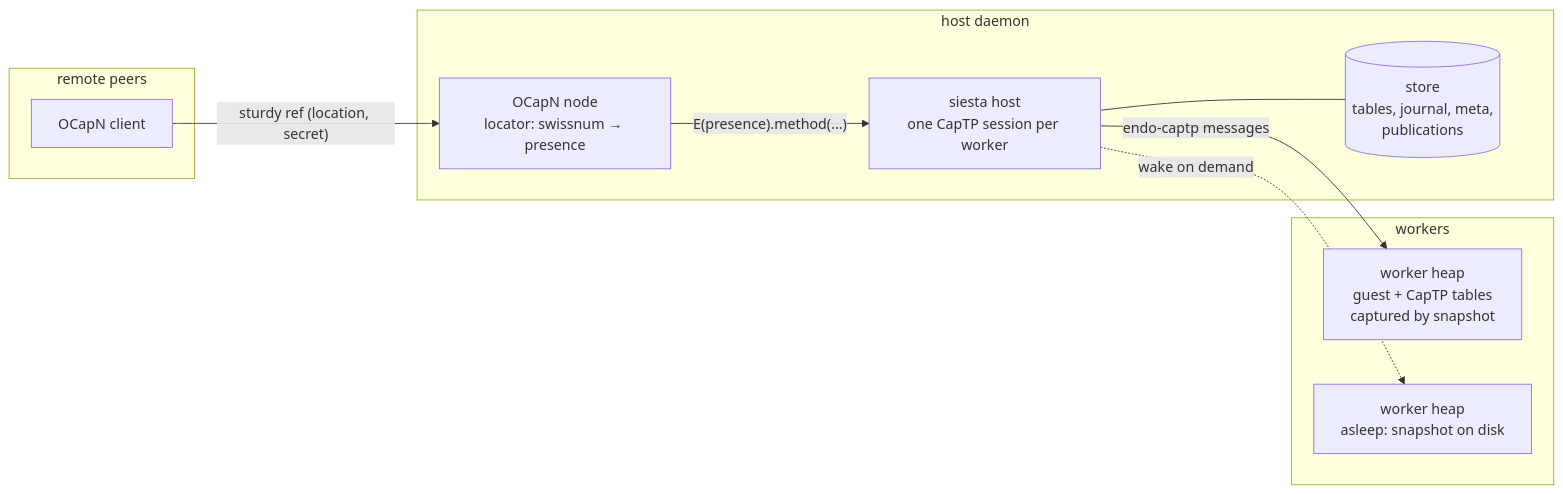
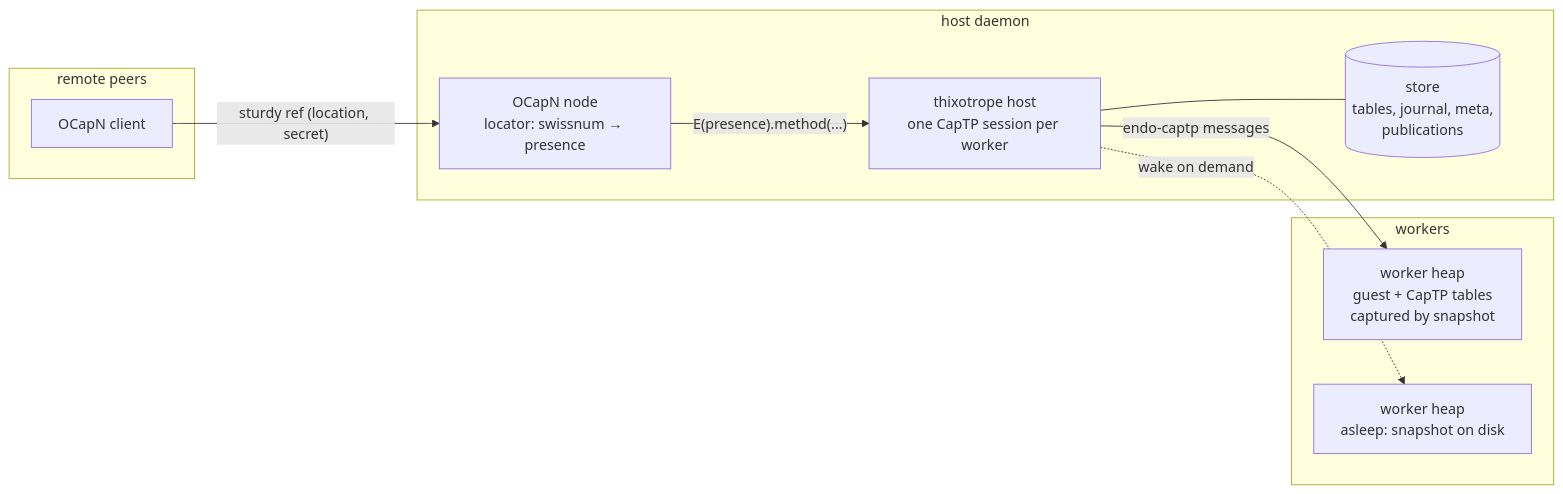
Before and after one commit to endojs/endo: the diagram in designs/ocapn-orthogonal-persistence.md, drawn with Mermaid. The commit also changed other lines of this file and 40 other files, not shown here.

First line of the commit message:
refactor!: rename siesta to thixotrope

````diff
--- a/designs/ocapn-orthogonal-persistence.md
+++ b/designs/ocapn-orthogonal-persistence.md
@@ -149,20 +149,20 @@
 ```mermaid
 flowchart LR
     subgraph remote peers
         C[OCapN client]
     end
     subgraph host daemon
         N[OCapN node<br/>locator: swissnum → presence]
-        H[siesta host<br/>one CapTP session per worker]
+        H[thixotrope host<br/>one CapTP session per worker]
         S[(store<br/>tables, journal, meta,<br/>publications)]
     end
     subgraph workers
         W1[worker heap<br/>guest + CapTP tables<br/>captured by snapshot]
         W2[worker heap<br/>asleep: snapshot on disk]
     end
     C -- "sturdy ref (location, secret)" --> N
     N -- "E(presence).method(...)" --> H
     H -- "endo-captp messages" --> W1
     H -. "wake on demand" .-> W2
     H --- S
 ```
````
